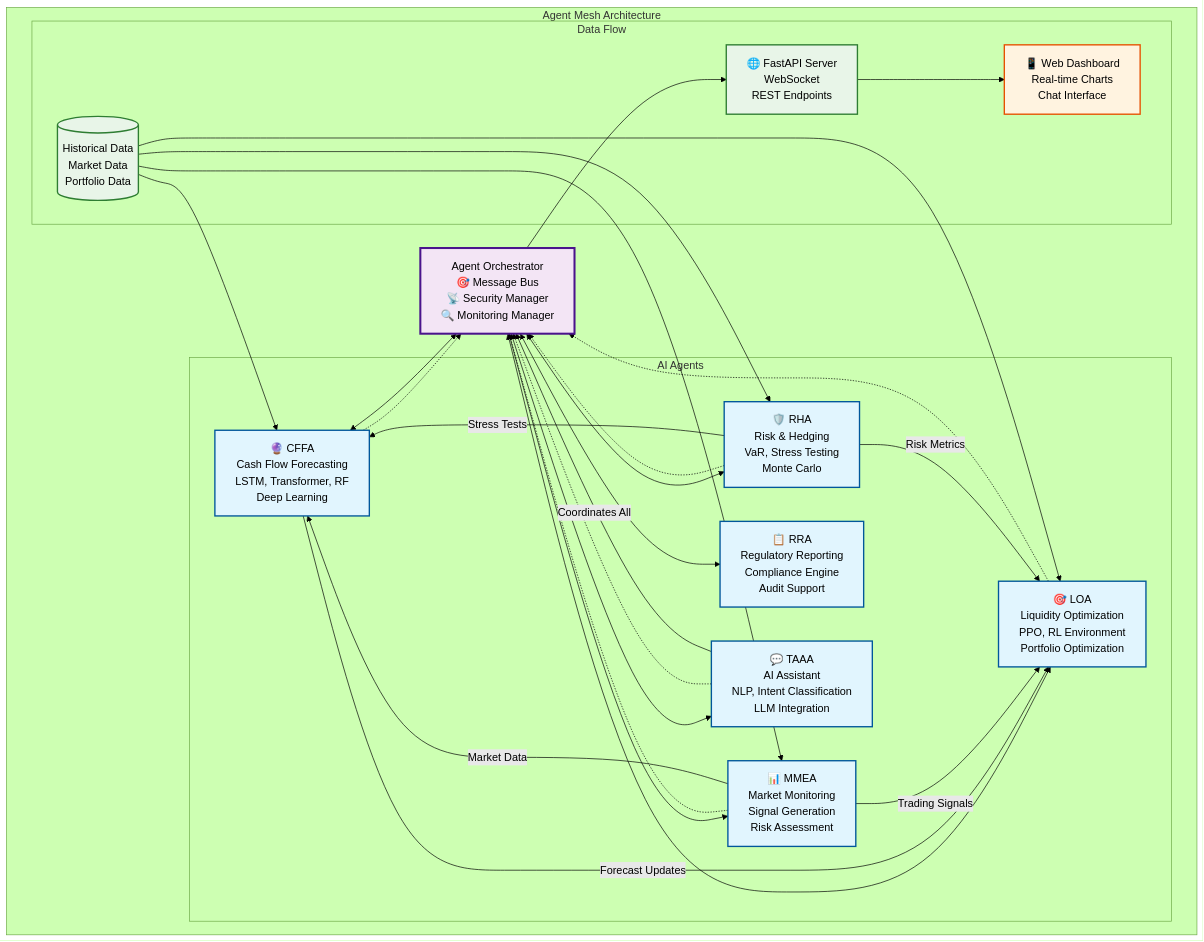
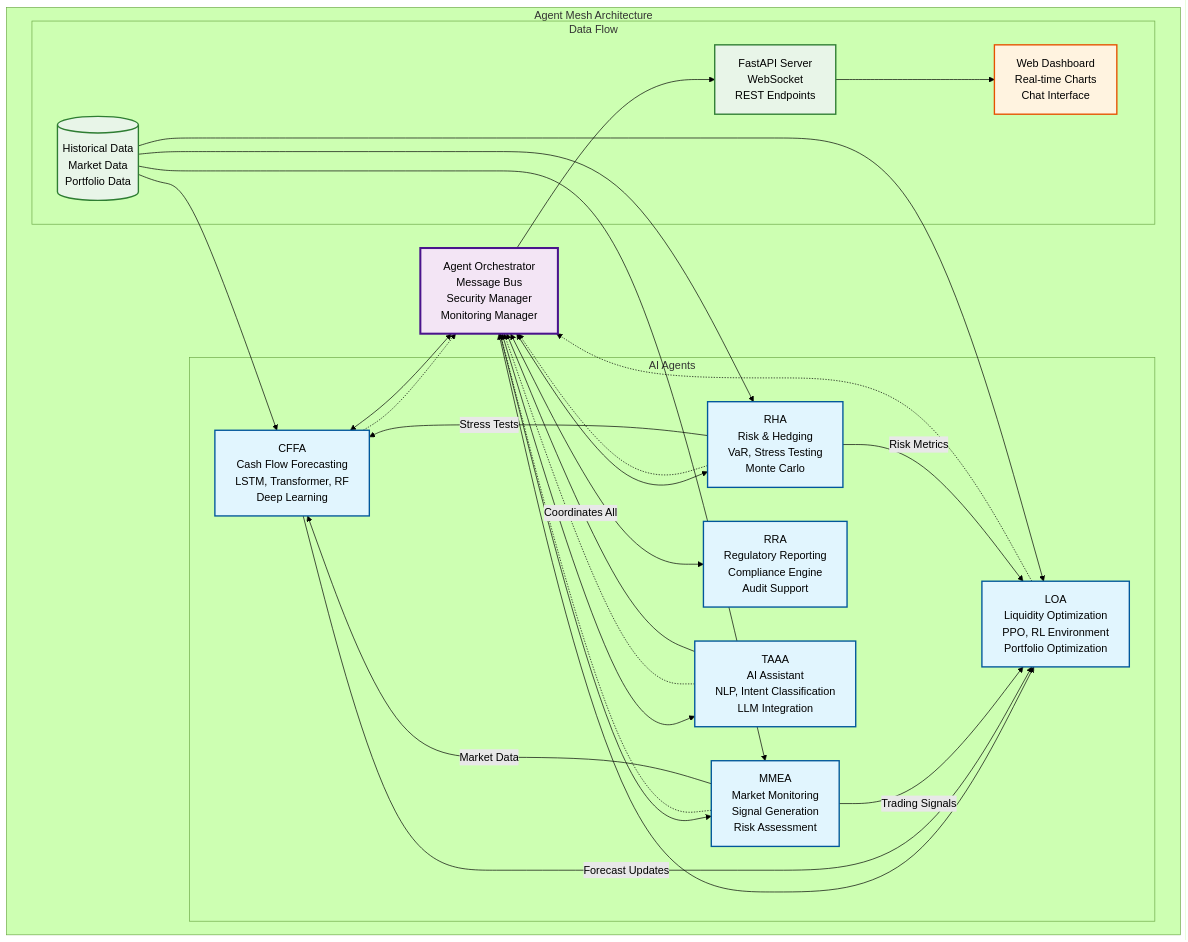
Before and after one commit to chrisshayan/agentic-tlm: the first of 2 diagrams in README.md, drawn with Mermaid (forest theme). The commit also changed other lines of this file, not shown here.

````diff
--- a/README.md
+++ b/README.md
@@ -274,65 +87,65 @@
 ```mermaid
 graph TB
     subgraph "Agent Mesh Architecture"
-        O[Agent Orchestrator<br/>🎯 Message Bus<br/>📡 Security Manager<br/>🔍 Monitoring Manager]
+        O[Agent Orchestrator<br/>Message Bus<br/>Security Manager<br/>Monitoring Manager]
         
         subgraph "AI Agents"
-            CFFA[🔮 CFFA<br/>Cash Flow Forecasting<br/>LSTM, Transformer, RF<br/>Deep Learning]
-            LOA[🎯 LOA<br/>Liquidity Optimization<br/>PPO, RL Environment<br/>Portfolio Optimization]
-            MMEA[📊 MMEA<br/>Market Monitoring<br/>Signal Generation<br/>Risk Assessment]
-            RHA[🛡️ RHA<br/>Risk & Hedging<br/>VaR, Stress Testing<br/>Monte Carlo]
-            RRA[📋 RRA<br/>Regulatory Reporting<br/>Compliance Engine<br/>Audit Support]
-            TAAA[💬 TAAA<br/>AI Assistant<br/>NLP, Intent Classification<br/>LLM Integration]
+            CFFA[CFFA<br/>Cash Flow Forecasting<br/>LSTM, Transformer, RF<br/>Deep Learning]
+            LOA[LOA<br/>Liquidity Optimization<br/>PPO, RL Environment<br/>Portfolio Optimization]
+            MMEA[MMEA<br/>Market Monitoring<br/>Signal Generation<br/>Risk Assessment]
+            RHA[RHA<br/>Risk & Hedging<br/>VaR, Stress Testing<br/>Monte Carlo]
+            RRA[RRA<br/>Regulatory Reporting<br/>Compliance Engine<br/>Audit Support]
+            TAAA[TAAA<br/>AI Assistant<br/>NLP, Intent Classification<br/>LLM Integration]
         end
         
         subgraph "Data Flow"
             DB[(Historical Data<br/>Market Data<br/>Portfolio Data)]
-            API[🌐 FastAPI Server<br/>WebSocket<br/>REST Endpoints]
-            UI[📱 Web Dashboard<br/>Real-time Charts<br/>Chat Interface]
+            API[FastAPI Server<br/>WebSocket<br/>REST Endpoints]
+            UI[Web Dashboard<br/>Real-time Charts<br/>Chat Interface]
         end
     end
     
     %% Agent Orchestrator connections
     O <--> CFFA
     O <--> LOA
     O <--> MMEA
     O <--> RHA
     O <--> RRA
     O <--> TAAA
     
     %% Inter-agent communication through orchestrator
     CFFA -.-> O
     MMEA -.-> O
     LOA -.-> O
     RHA -.-> O
     TAAA -.-> O
     
     %% Specific agent collaboration patterns
     CFFA -->|"Forecast Updates"| LOA
     MMEA -->|"Market Data"| CFFA
     MMEA -->|"Trading Signals"| LOA
     RHA -->|"Risk Metrics"| LOA
     RHA -->|"Stress Tests"| CFFA
     TAAA -->|"Coordinates All"| O
     
     %% Data connections
     DB --> CFFA
     DB --> LOA
     DB --> MMEA
     DB --> RHA
     
     %% API connections
     O --> API
     API --> UI
     
     %% Styling
     classDef agent fill:#e1f5fe,stroke:#01579b,stroke-width:2px
     classDef orchestrator fill:#f3e5f5,stroke:#4a148c,stroke-width:3px
     classDef data fill:#e8f5e8,stroke:#2e7d32,stroke-width:2px
     classDef ui fill:#fff3e0,stroke:#e65100,stroke-width:2px
     
     class CFFA,LOA,MMEA,RHA,RRA,TAAA agent
     class O orchestrator
     class DB,API data
     class UI ui
 ```
````
